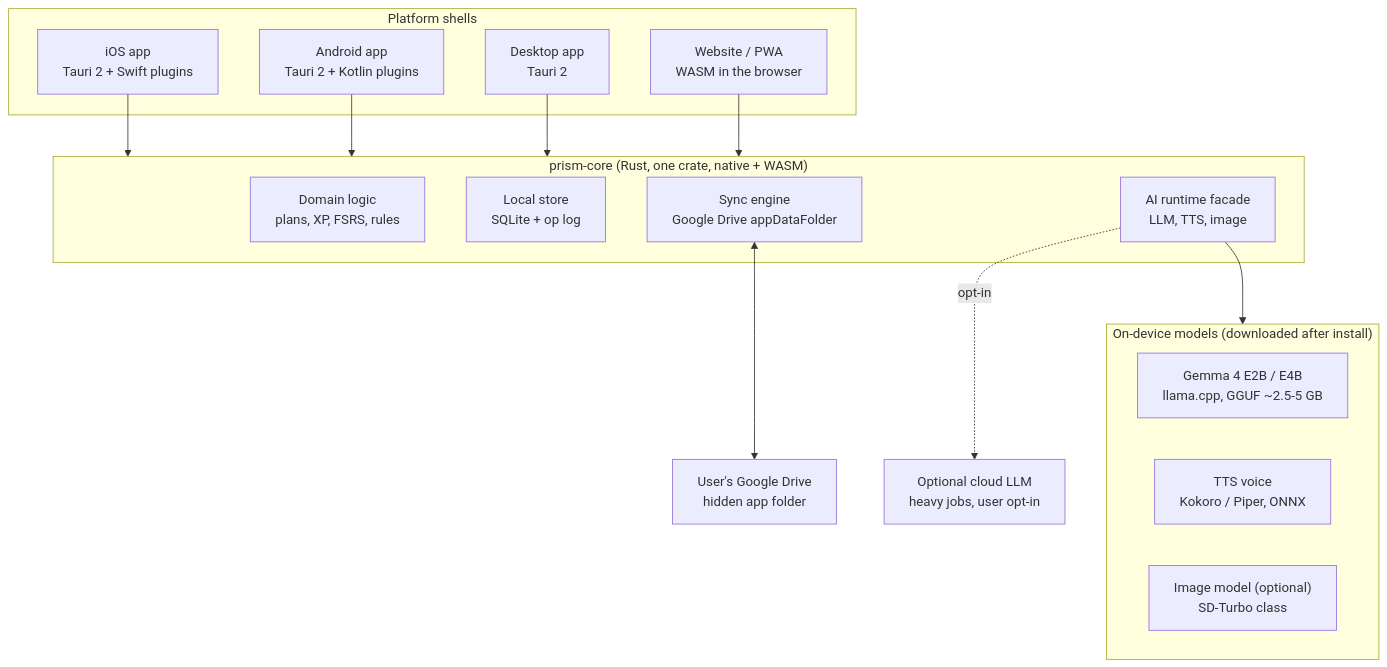
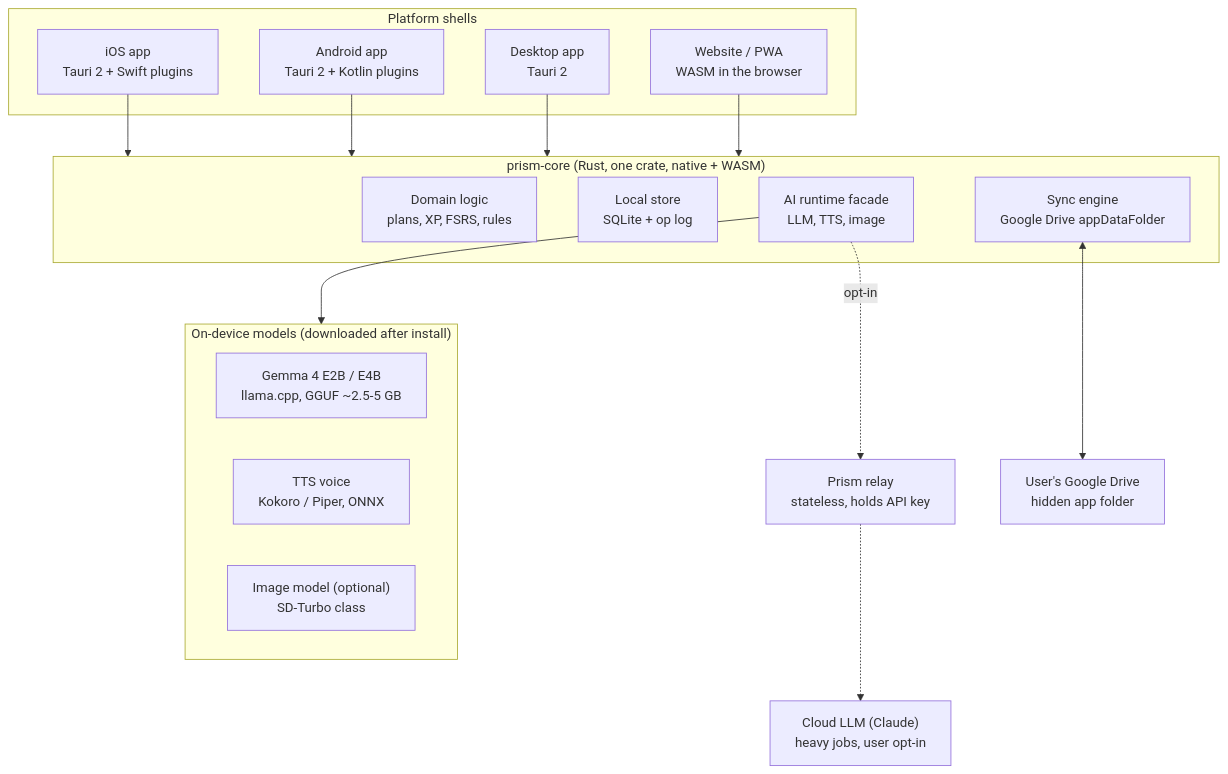
The diagram in docs/technology/README.md (guypeled76/prism), drawn with Mermaid before and after one commit. The commit also changed other lines of this file and 7 other files, not shown here.

Commit message:
Add T7 cloud LLM validation for heavy jobs like knowledge maps

````diff
--- a/docs/technology/README.md
+++ b/docs/technology/README.md
@@ -20,29 +21,31 @@
 ```mermaid
 flowchart TB
     subgraph Shell["Platform shells"]
         IOS["iOS app<br/>Tauri 2 + Swift plugins"]
         AND["Android app<br/>Tauri 2 + Kotlin plugins"]
         DESK["Desktop app<br/>Tauri 2"]
         WEB["Website / PWA<br/>WASM in the browser"]
     end
     subgraph Core["prism-core (Rust, one crate, native + WASM)"]
         DOM["Domain logic<br/>plans, XP, FSRS, rules"]
         STORE["Local store<br/>SQLite + op log"]
         SYNC["Sync engine<br/>Google Drive appDataFolder"]
         AI["AI runtime facade<br/>LLM, TTS, image"]
     end
     subgraph Models["On-device models (downloaded after install)"]
         LLM["Gemma 4 E2B / E4B<br/>llama.cpp, GGUF ~2.5-5 GB"]
         TTS["TTS voice<br/>Kokoro / Piper, ONNX"]
         IMG["Image model (optional)<br/>SD-Turbo class"]
     end
-    CLOUD["Optional cloud LLM<br/>heavy jobs, user opt-in"]
+    RELAY["Prism relay<br/>stateless, holds API key"]
+    CLOUD["Cloud LLM (Claude)<br/>heavy jobs, user opt-in"]
     GD["User's Google Drive<br/>hidden app folder"]
     IOS --> Core
     AND --> Core
     DESK --> Core
     WEB --> Core
     AI --> Models
-    AI -. "opt-in" .-> CLOUD
+    AI -. "opt-in" .-> RELAY
+    RELAY -.-> CLOUD
     SYNC <--> GD
 ```
````
